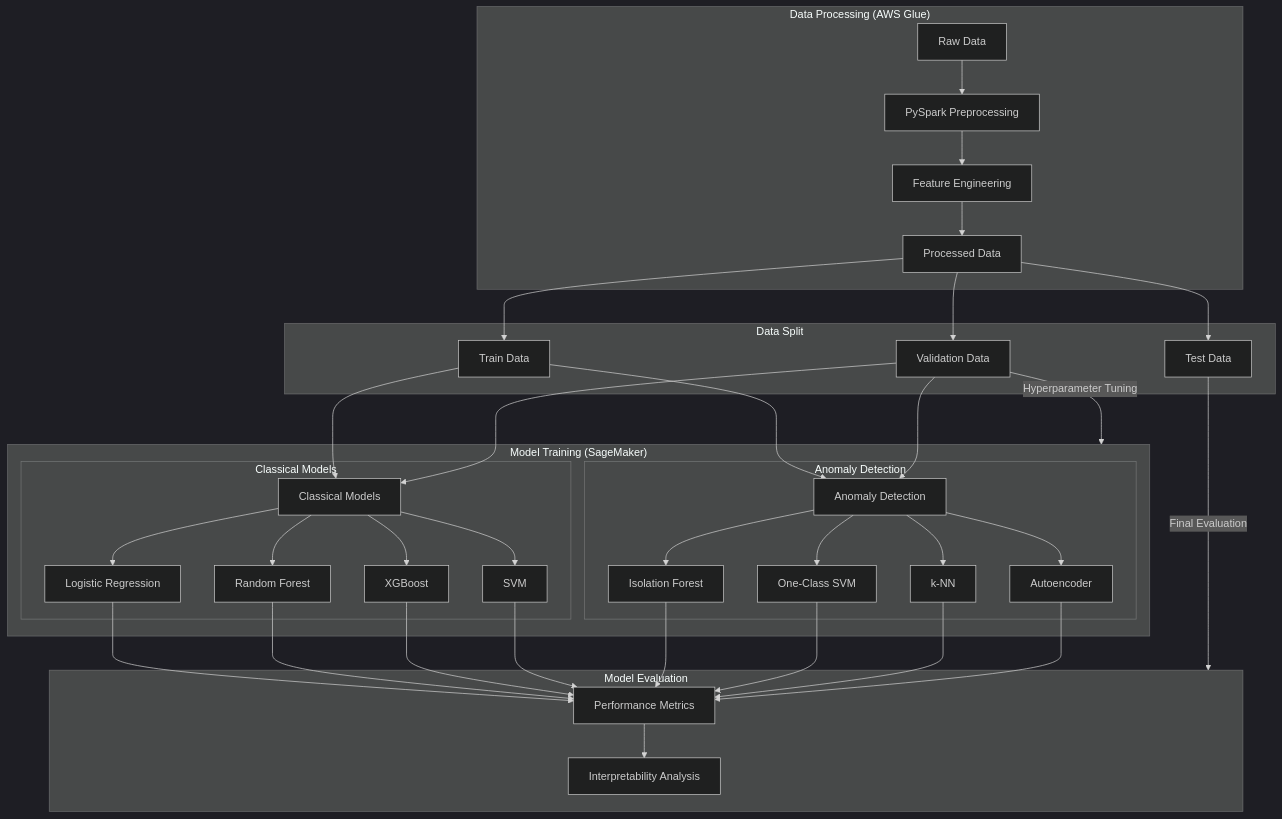
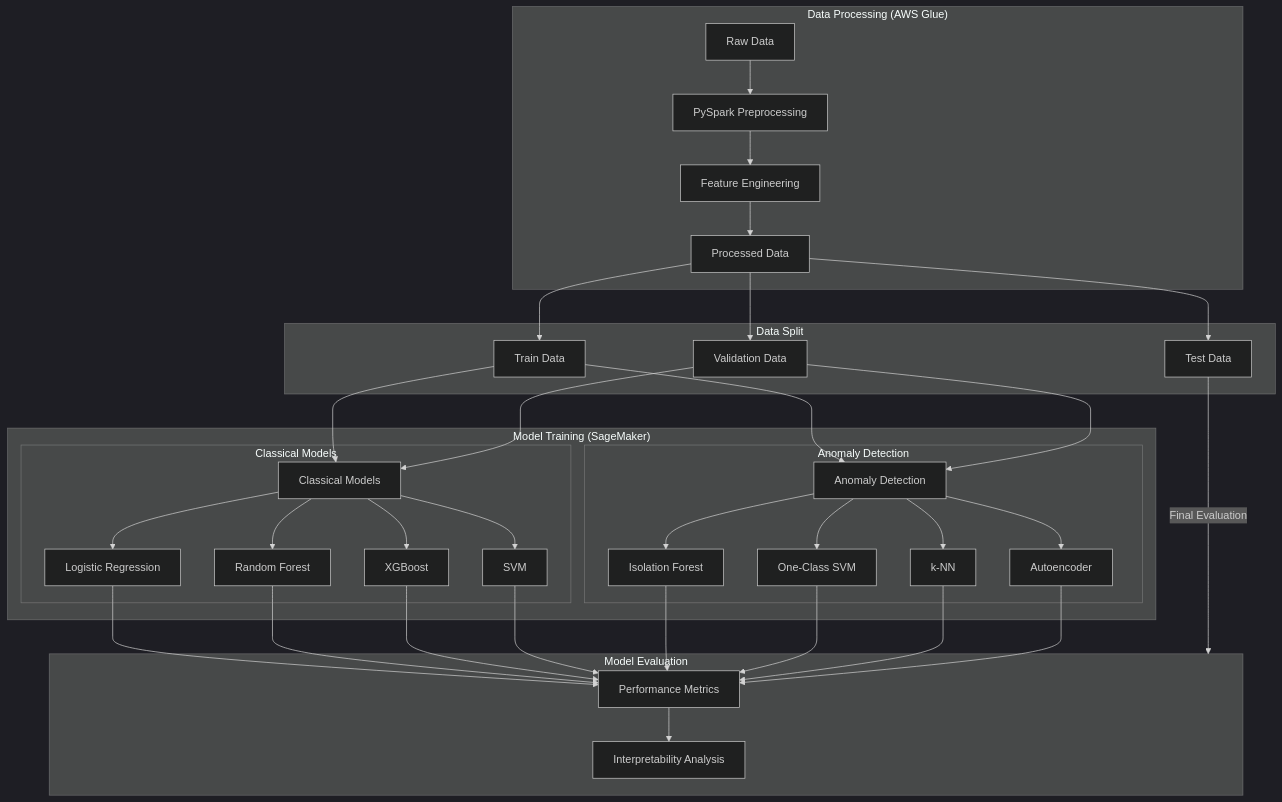
One commit to shefalishr95/Comparative-Analysis-for-Imbalanced-Classification changed the diagram in README.md. Above: the diagram before and after it, drawn with Mermaid (dark theme).

````diff
--- a/README.md
+++ b/README.md
@@ -64,44 +64,43 @@
 ```mermaid
 flowchart TD
     subgraph Data["Data Processing (AWS Glue)"]
         A[Raw Data] --> B[PySpark Preprocessing]
         B --> C[Feature Engineering]
         C --> D[Processed Data]
     end
 
     subgraph Split["Data Split"]
         D --> E[Train Data]
         D --> F[Validation Data]
         D --> G[Test Data]
     end
 
     subgraph Training["Model Training (SageMaker)"]
         E --> H[Classical Models]
         E --> I[Anomaly Detection]
 
         F --> H[Classical Models]
         F --> I[Anomaly Detection]
         
         subgraph CM[Classical Models]
             H --> J[Logistic Regression]
             H --> K[Random Forest]
             H --> L[XGBoost]
             H --> M[SVM]
         end
         
         subgraph AD[Anomaly Detection]
             I --> N[Isolation Forest]
             I --> O[One-Class SVM]
             I --> P[k-NN]
             I --> Q[Autoencoder]
         end
     end
 
     subgraph Evaluation["Model Evaluation"]
         J & K & L & M & N & O & P & Q --> R[Performance Metrics]
         R --> T[Interpretability Analysis]
     end
 
-    F --> |Hyperparameter Tuning| Training
     G --> |Final Evaluation| Evaluation
 ```
````
